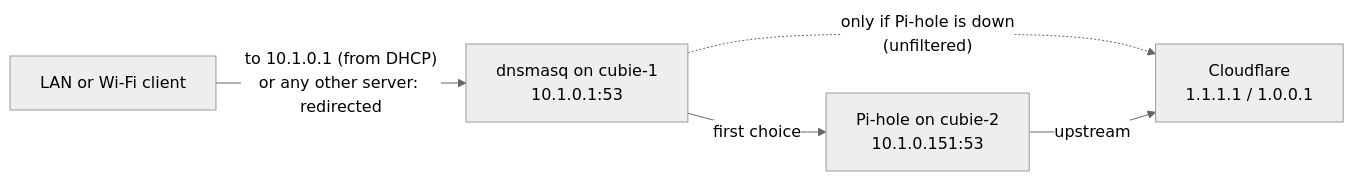
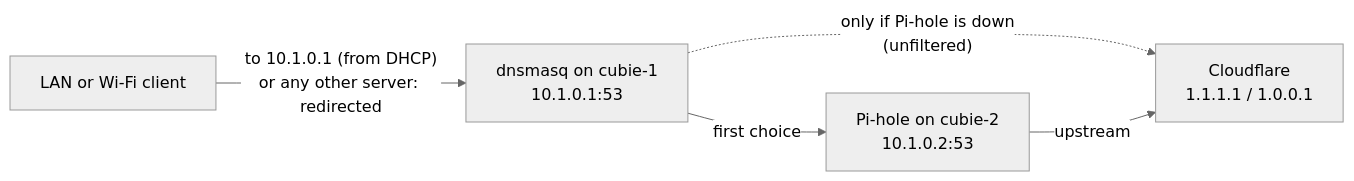
Before and after one commit to PLATONG34821/myCluster: the diagram in docs/architecture.md, drawn with Mermaid (neutral theme). The commit also changed other lines of this file and 8 other files, not shown here.

````diff
--- a/docs/architecture.md
+++ b/docs/architecture.md
@@ -47,12 +47,12 @@
 ```mermaid
 flowchart LR
     client["LAN or Wi-Fi client"]
     dnsmasq["dnsmasq on cubie-1<br/>10.1.0.1:53"]
-    pihole["Pi-hole on cubie-2<br/>10.1.0.151:53"]
+    pihole["Pi-hole on cubie-2<br/>10.1.0.2:53"]
     cf["Cloudflare<br/>1.1.1.1 / 1.0.0.1"]
 
     client -->|"to 10.1.0.1 (from DHCP)<br/>or any other server: redirected"| dnsmasq
     dnsmasq -->|"first choice"| pihole
     dnsmasq -.->|"only if Pi-hole is down<br/>(unfiltered)"| cf
     pihole -->|"upstream"| cf
 ```
````
